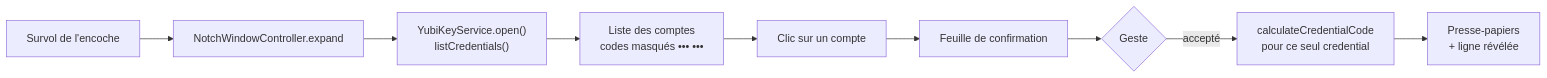
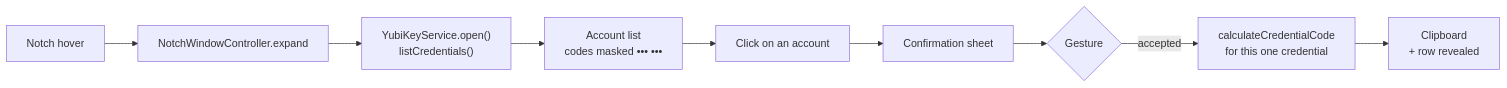
Before and after one commit to millianlmx/NotchOTP: the first of 3 diagrams in docs/architecture.md, drawn with Mermaid. The commit also changed other lines of this file and 1 other file, not shown here.

````diff
--- a/docs/architecture.md
+++ b/docs/architecture.md
@@ -10,11 +10,11 @@
 ```mermaid
 flowchart LR
-    Hover[Survol de l'encoche] --> Expand[NotchWindowController.expand]
+    Hover[Notch hover] --> Expand[NotchWindowController.expand]
     Expand --> List["YubiKeyService.open()<br/>listCredentials()"]
-    List --> Rows["Liste des comptes<br/>codes masqués ••• •••"]
-    Rows --> Click[Clic sur un compte]
-    Click --> Sheet[Feuille de confirmation]
-    Sheet --> Gesture{Geste}
-    Gesture -->|accepté| Compute["calculateCredentialCode<br/>pour ce seul credential"]
-    Compute --> Done["Presse-papiers<br/>+ ligne révélée"]
+    List --> Rows["Account list<br/>codes masked ••• •••"]
+    Rows --> Click[Click on an account]
+    Click --> Sheet[Confirmation sheet]
+    Sheet --> Gesture{Gesture}
+    Gesture -->|accepted| Compute["calculateCredentialCode<br/>for this one credential"]
+    Compute --> Done["Clipboard<br/>+ row revealed"]
 ```
````
